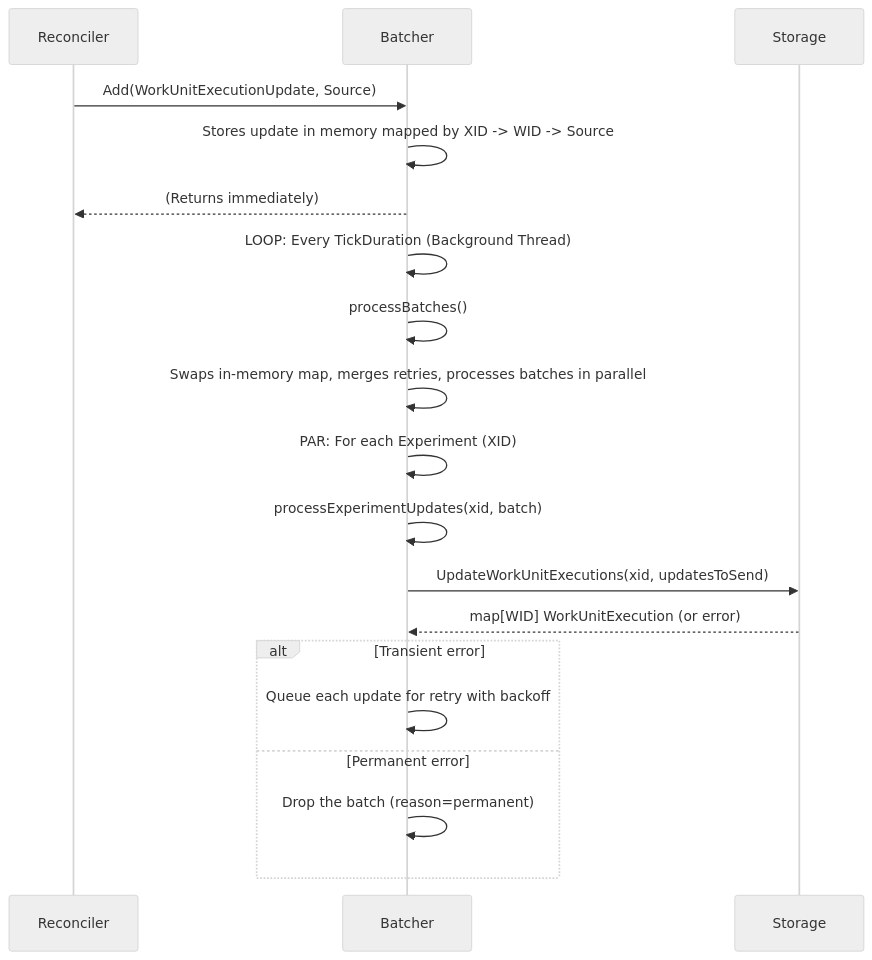
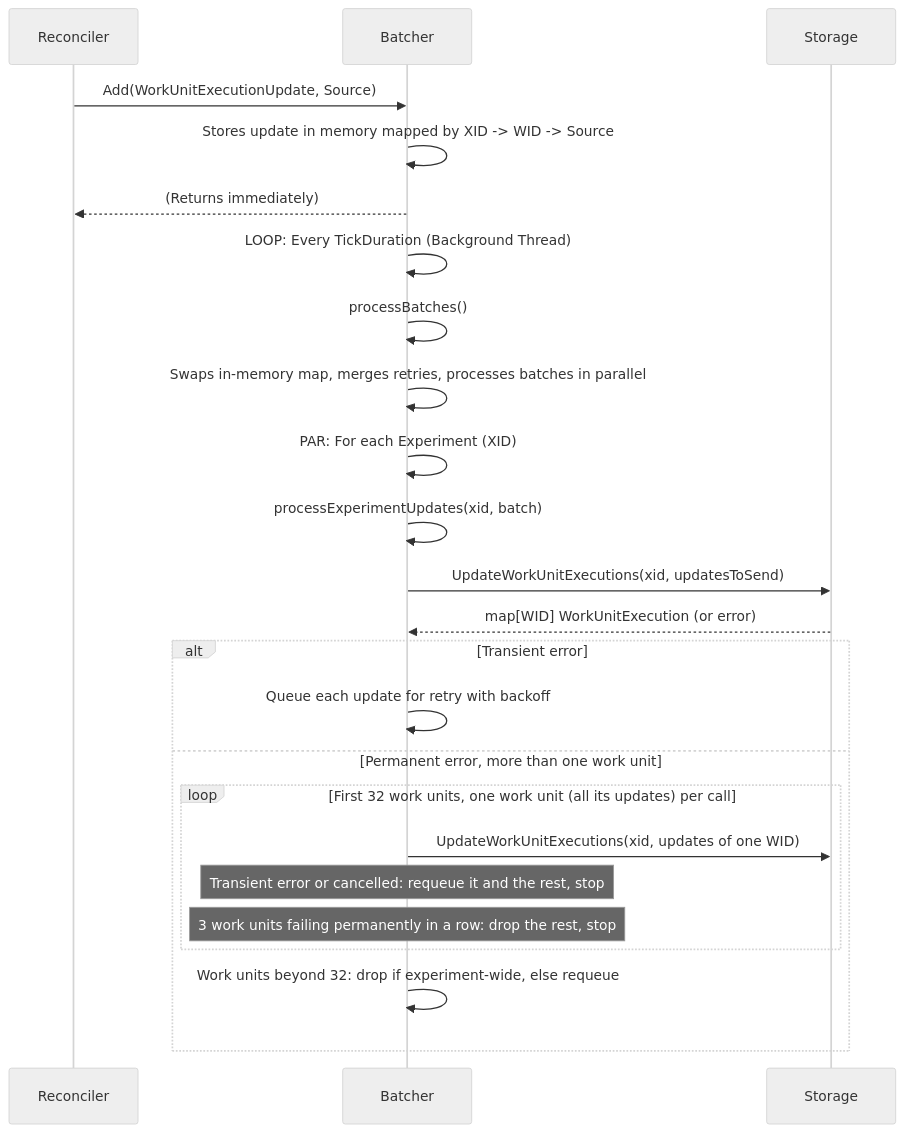
One commit to google/xmc changed the fifth of 5 diagrams in docs/flows/reconciliation.md. Above: the diagram before and after it, drawn with Mermaid (neutral theme). The commit also changed other lines of this file and 2 other files, not shown here.

First line of the commit message:
fix(reconciler): isolate permanent batcher failures per work unit

````diff
--- a/docs/flows/reconciliation.md
+++ b/docs/flows/reconciliation.md
@@ -277,24 +277,29 @@
 ```mermaid
 sequenceDiagram
     participant Reconciler
     participant Batcher
     participant Storage
 
     Reconciler->>Batcher: Add(WorkUnitExecutionUpdate, Source)
     Batcher->>Batcher: Stores update in memory mapped by XID -> WID -> Source
     Batcher-->>Reconciler: (Returns immediately)
 
     Batcher->>Batcher: LOOP: Every TickDuration (Background Thread)
     Batcher->>Batcher: processBatches()
     Batcher->>Batcher: Swaps in-memory map, merges retries, processes batches in parallel
 
     Batcher->>Batcher: PAR: For each Experiment (XID)
     Batcher->>Batcher: processExperimentUpdates(xid, batch)
     Batcher->>Storage: UpdateWorkUnitExecutions(xid, updatesToSend)
     Storage-->>Batcher: map[WID] WorkUnitExecution (or error)
     alt Transient error
         Batcher->>Batcher: Queue each update for retry with backoff
-    else Permanent error
-        Batcher->>Batcher: Drop the batch (reason=permanent)
+    else Permanent error, more than one work unit
+        loop First 32 work units, one work unit (all its updates) per call
+            Batcher->>Storage: UpdateWorkUnitExecutions(xid, updates of one WID)
+            Note over Batcher: Transient error or cancelled: requeue it and the rest, stop
+            Note over Batcher: 3 work units failing permanently in a row: drop the rest, stop
+        end
+        Batcher->>Batcher: Work units beyond 32: drop if experiment-wide, else requeue
     end
 ```
````
